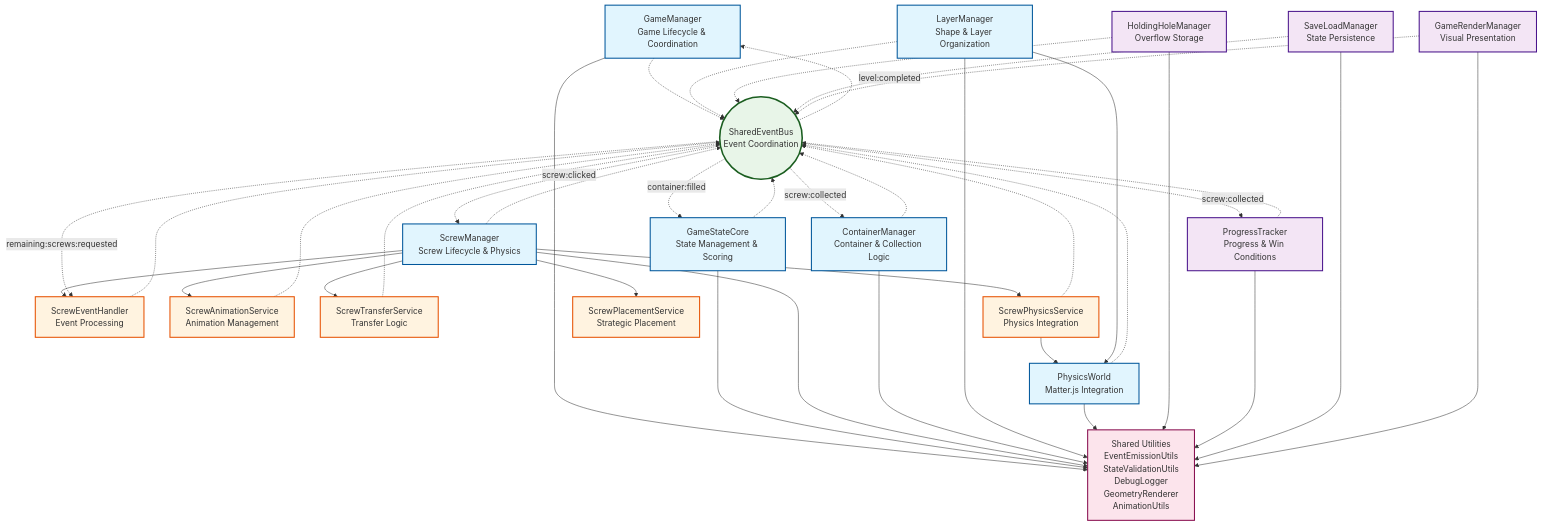
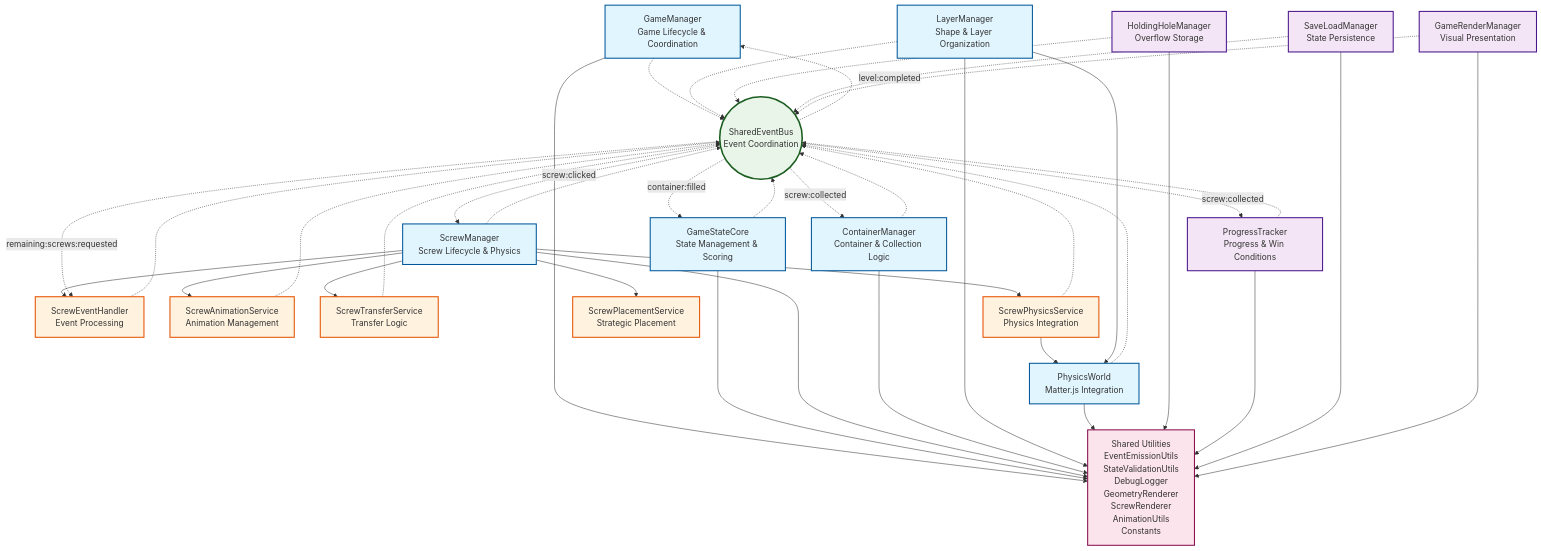
Before and after one commit to paulrobello/par-shape-2d: the first of 4 diagrams in docs/game_architecture.md, drawn with Mermaid. The commit also changed other lines of this file and 1 other file, not shown here.

First line of the commit message:
docs: update architecture documentation to reflect refactoring changes

```diff
--- a/docs/game_architecture.md
+++ b/docs/game_architecture.md
@@ -108,7 +109,7 @@
     ScrewPlacementService[ScrewPlacementService<br/>Strategic Placement]
     
     %% Shared Utilities
-    SharedUtils[Shared Utilities<br/>EventEmissionUtils<br/>StateValidationUtils<br/>DebugLogger<br/>GeometryRenderer<br/>AnimationUtils]
+    SharedUtils[Shared Utilities<br/>EventEmissionUtils<br/>StateValidationUtils<br/>DebugLogger<br/>GeometryRenderer<br/>ScrewRenderer<br/>AnimationUtils<br/>Constants]
     
     %% Relationships - Core Management
     GameManager -.-> EventBus
```
